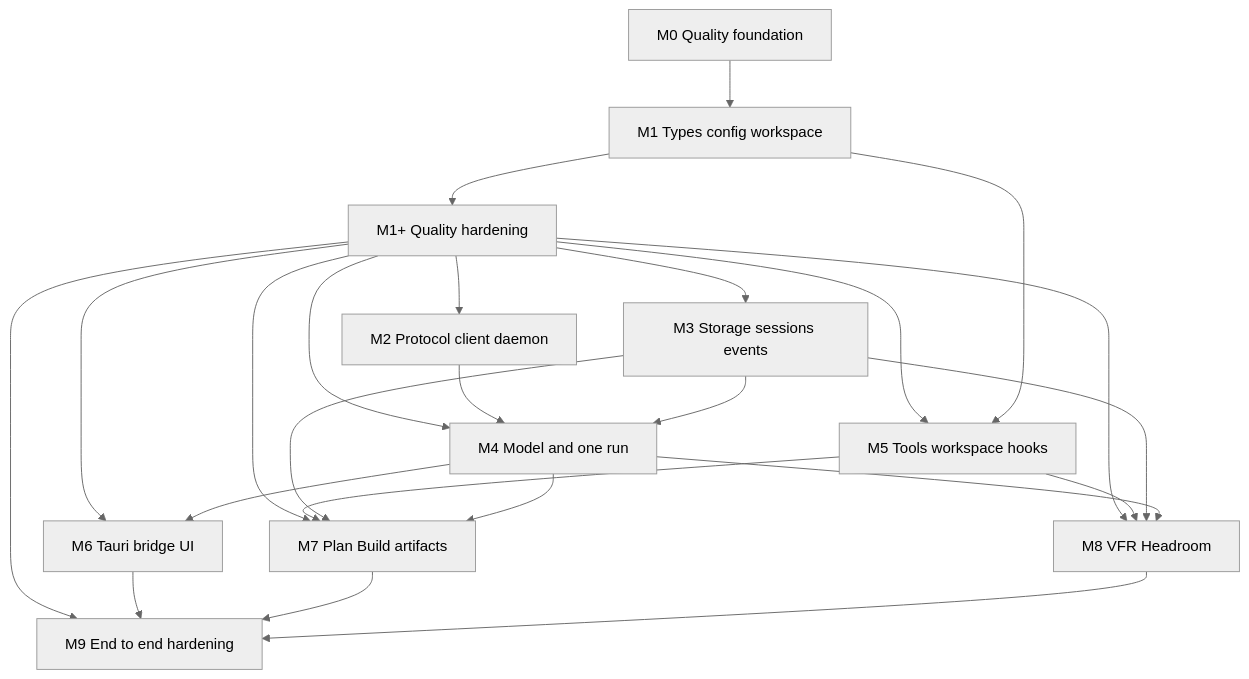
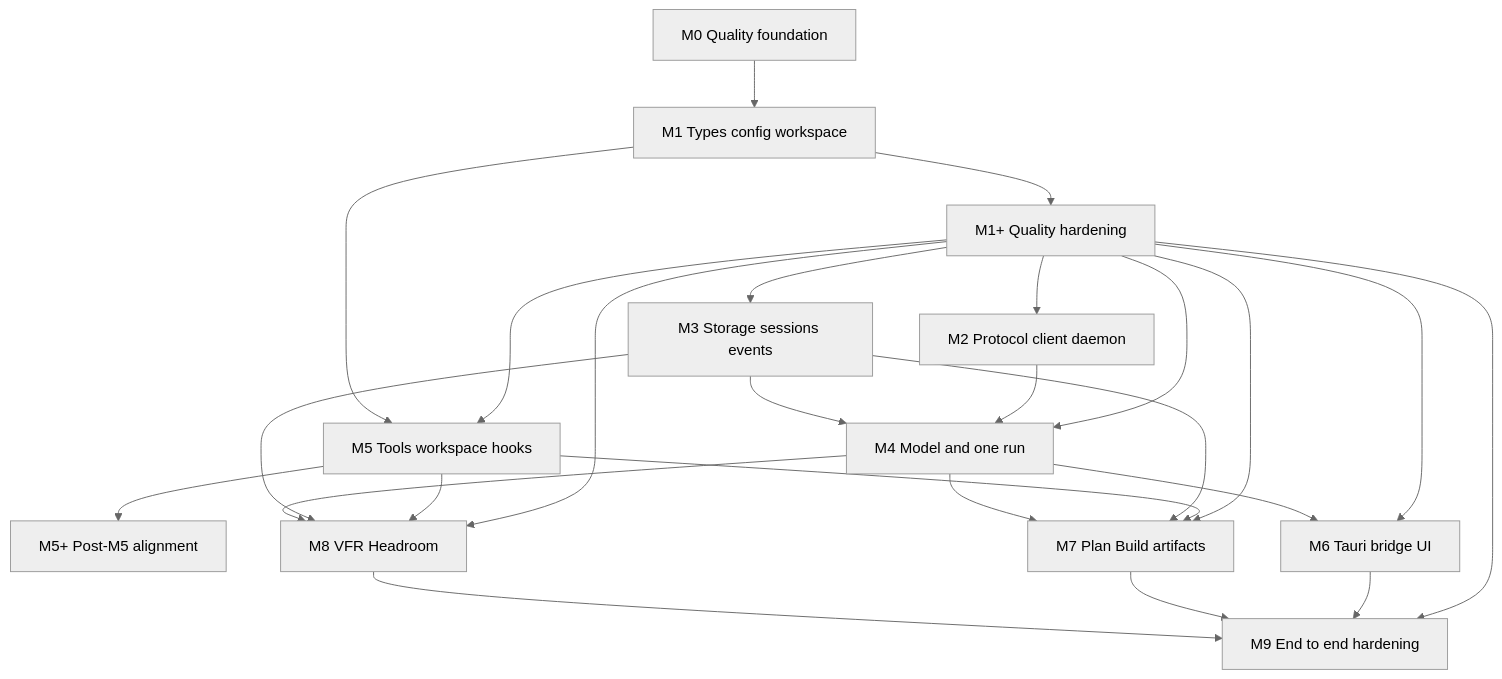
The first of 2 diagrams in docs/intention-relay/architecture/11-implementation-roadmap.md (y0tsy/intention-relay), drawn with Mermaid (neutral theme) before and after one commit. The commit also changed other lines of this file and 13 other files, not shown here.

````diff
--- a/docs/intention-relay/architecture/11-implementation-roadmap.md
+++ b/docs/intention-relay/architecture/11-implementation-roadmap.md
@@ -11,26 +11,27 @@
 ```mermaid
 flowchart TD
   Q[M0 Quality foundation] --> A[M1 Types config workspace]
   A --> P[M1+ Quality hardening]
   P --> B[M2 Protocol client daemon]
   P --> C[M3 Storage sessions events]
   P --> D[M4 Model and one run]
   P --> E[M5 Tools workspace hooks]
+  E --> K[M5+ Post-M5 alignment]
   P --> F[M6 Tauri bridge UI]
   P --> G[M7 Plan Build artifacts]
   P --> H[M8 VFR Headroom]
   P --> I[M9 End to end hardening]
   B --> D
   C --> D
   A --> E
   D --> F
   E --> G
   C --> G
   D --> G
   E --> H
   C --> H
   D --> H
   F --> I
   G --> I
   H --> I
 ```
````
